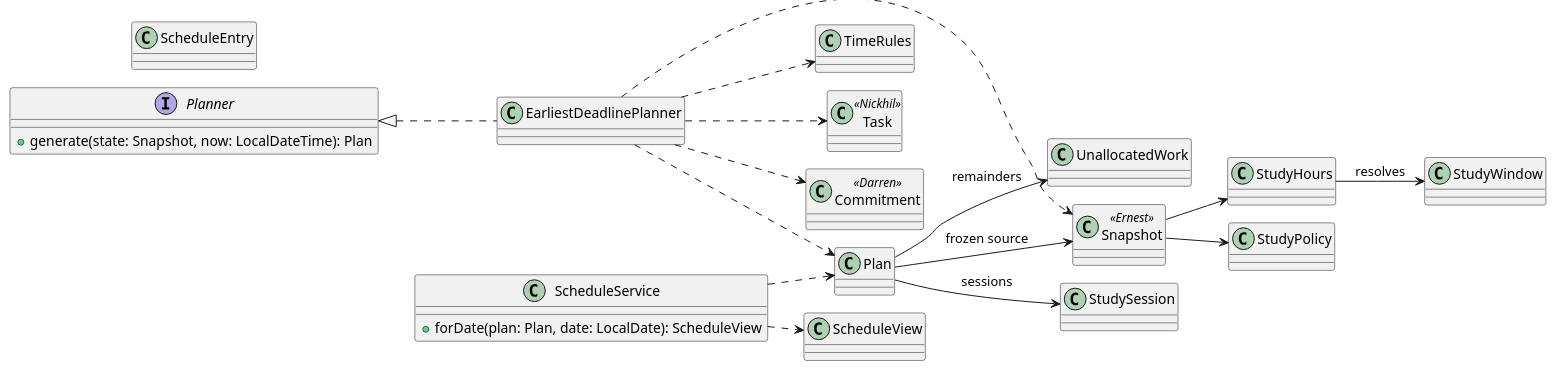
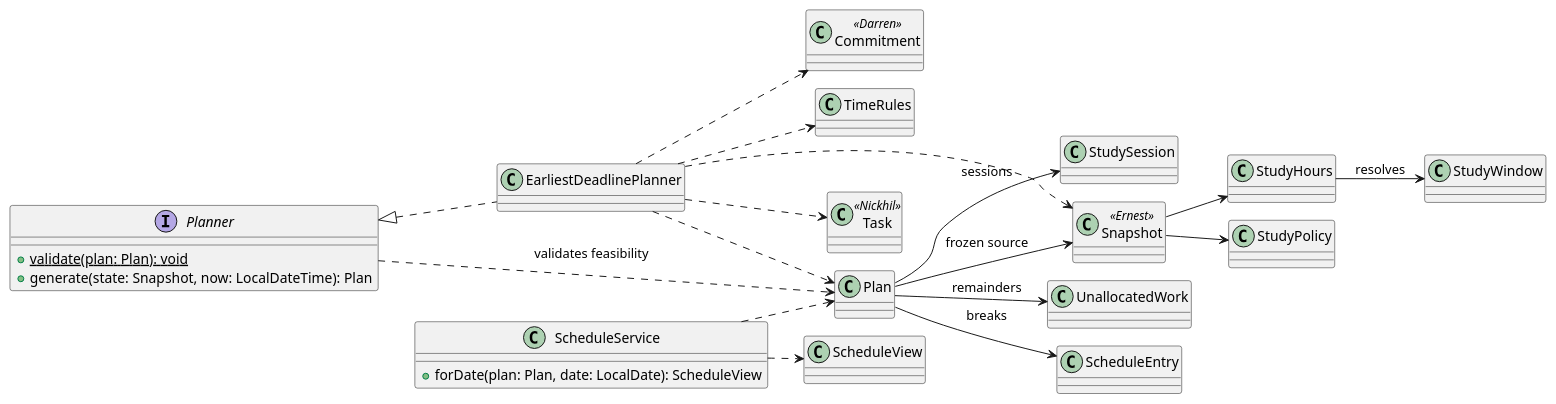
The diagram in docs/diagrams/gabriel-planning-classes.puml (AY2627S1-CS2113-T10-1/tp), drawn with PlantUML before and after one commit. The commit also changed 9 other files, not shown here.

```diff
--- a/docs/diagrams/gabriel-planning-classes.puml
+++ b/docs/diagrams/gabriel-planning-classes.puml
@@ -1,39 +1,42 @@
 @startuml
 !pragma layout smetana
 left to right direction
 
 interface Planner {
+  {static} +validate(plan: Plan): void
   +generate(state: Snapshot, now: LocalDateTime): Plan
 }
 class EarliestDeadlinePlanner
 class ScheduleService {
   +forDate(plan: Plan, date: LocalDate): ScheduleView
 }
 class TimeRules
 class Plan
 class StudySession
 class UnallocatedWork
 class ScheduleEntry
 class ScheduleView
 class StudyHours
 class StudyWindow
 class StudyPolicy
 class Snapshot <<Ernest>>
 class Task <<Nickhil>>
 class Commitment <<Darren>>
 
 Planner <|.. EarliestDeadlinePlanner
 EarliestDeadlinePlanner ..> TimeRules
 EarliestDeadlinePlanner ..> Snapshot
 EarliestDeadlinePlanner ..> Task
 EarliestDeadlinePlanner ..> Commitment
 EarliestDeadlinePlanner ..> Plan
+Plan --> ScheduleEntry : breaks
+Planner ..> Plan : validates feasibility
 Plan --> Snapshot : frozen source
 Plan --> StudySession : sessions
 Plan --> UnallocatedWork : remainders
 ScheduleService ..> Plan
 ScheduleService ..> ScheduleView
 Snapshot --> StudyHours
 Snapshot --> StudyPolicy
 StudyHours --> StudyWindow : resolves
 @enduml
```
